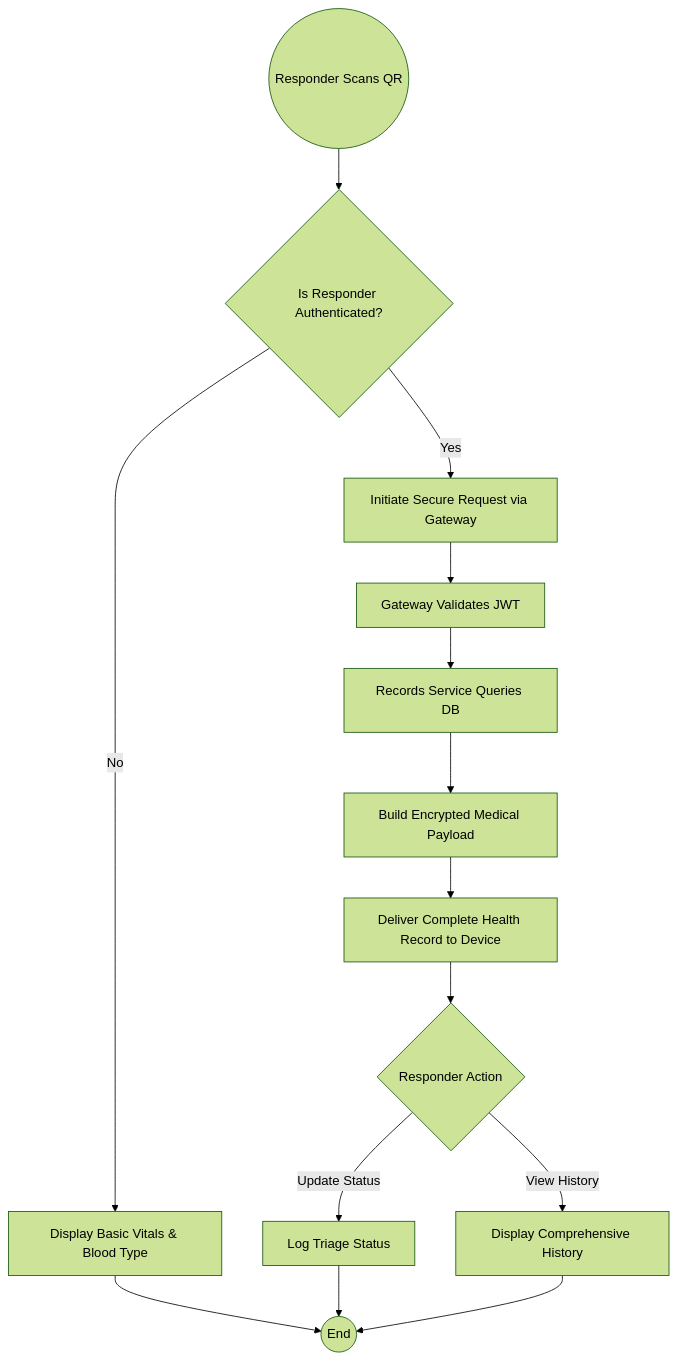
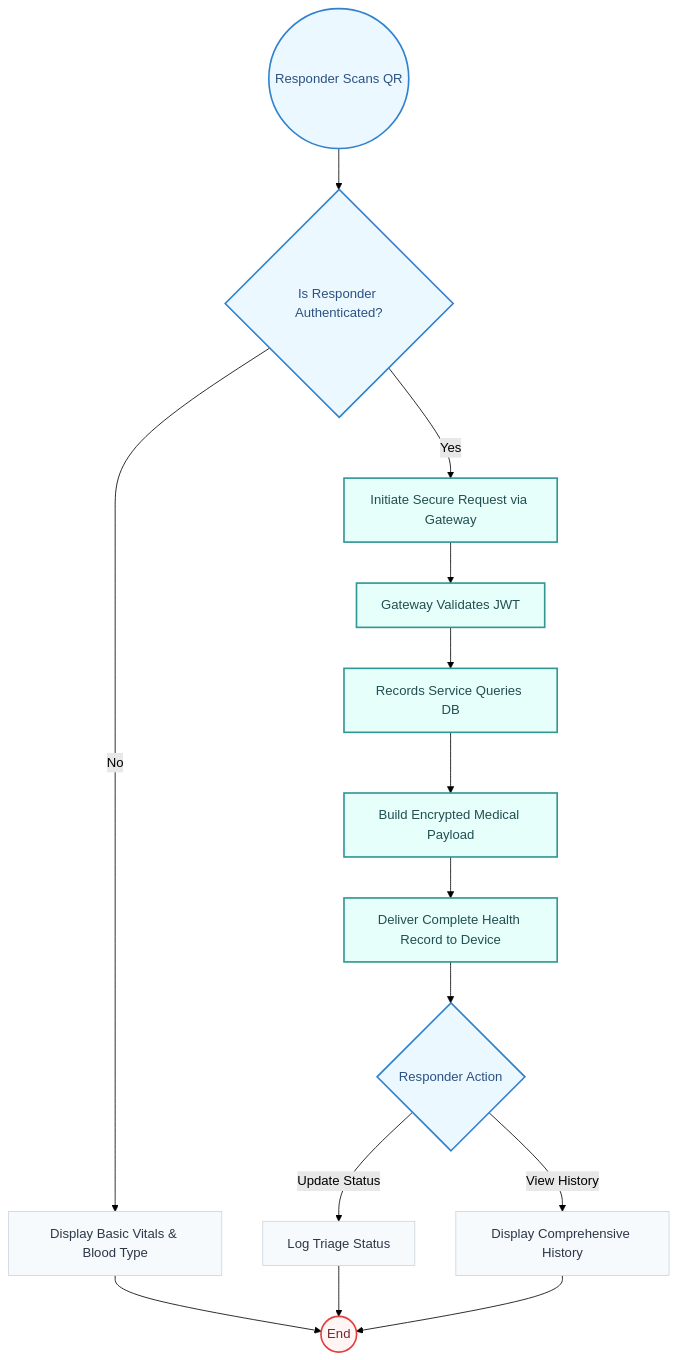
The third of 4 diagrams in README.md (simply-mihir/ResQ), drawn with Mermaid (forest theme) before and after one commit. The commit also changed other lines of this file, not shown here.

````diff
--- a/README.md
+++ b/README.md
@@ -121,21 +145,26 @@
 ```mermaid
 graph TD
-    Start((Responder Scans QR)) --> AuthCheck{Is Responder Authenticated?}
+    classDef default fill:#f7fafc,stroke:#cbd5e0,stroke-width:1px,color:#2d3748
+    classDef decision fill:#ebf8ff,stroke:#3182ce,stroke-width:2px,color:#2c5282
+    classDef secure fill:#e6fffa,stroke:#319795,stroke-width:2px,color:#234e52
+    classDef terminal fill:#fff5f5,stroke:#e53e3e,stroke-width:2px,color:#742a2a
+
+    Start((Responder Scans QR)):::decision --> AuthCheck{Is Responder Authenticated?}:::decision
     
-    AuthCheck -->|No| BasicData[Display Basic Vitals & Blood Type]
-    AuthCheck -->|Yes| FullAuth[Initiate Secure Request via Gateway]
+    AuthCheck -->|No| BasicData[Display Basic Vitals & Blood Type]:::default
+    AuthCheck -->|Yes| FullAuth[Initiate Secure Request via Gateway]:::secure
     
-    FullAuth --> ValidateToken[Gateway Validates JWT]
-    ValidateToken --> RequestRecords[Records Service Queries DB]
+    FullAuth --> ValidateToken[Gateway Validates JWT]:::secure
+    ValidateToken --> RequestRecords[Records Service Queries DB]:::secure
     
-    RequestRecords --> PayloadBuilder[Build Encrypted Medical Payload]
-    PayloadBuilder --> Deliver[Deliver Complete Health Record to Device]
+    RequestRecords --> PayloadBuilder[Build Encrypted Medical Payload]:::secure
+    PayloadBuilder --> Deliver[Deliver Complete Health Record to Device]:::secure
     
-    Deliver --> Action{Responder Action}
-    Action -->|Update Status| LogStatus[Log Triage Status]
-    Action -->|View History| DisplayHistory[Display Comprehensive History]
+    Deliver --> Action{Responder Action}:::decision
+    Action -->|Update Status| LogStatus[Log Triage Status]:::default
+    Action -->|View History| DisplayHistory[Display Comprehensive History]:::default
     
-    BasicData --> End((End))
+    BasicData --> End((End)):::terminal
     LogStatus --> End
     DisplayHistory --> End
 ```
````
